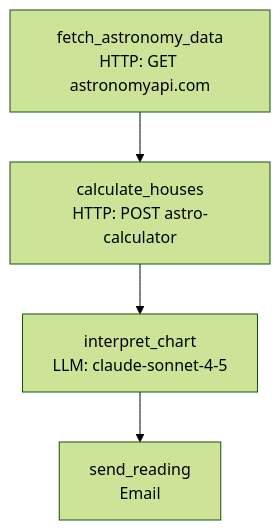
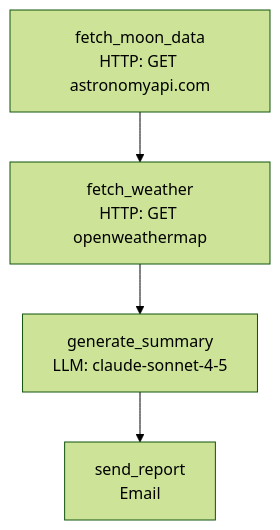
One commit to kruxia/kruxiaflow changed the second of 7 diagrams in docs/implementation/mcp-server-test-plan.md. Above: the diagram before and after it, drawn with Mermaid (forest theme). The commit also changed other lines of this file, not shown here.

Commit message:
update example to moon from astrological

````diff
--- a/docs/implementation/mcp-server-test-plan.md
+++ b/docs/implementation/mcp-server-test-plan.md
@@ -163,11 +164,11 @@
 ```mermaid
 flowchart TB
-    fetch_astronomy_data[fetch_astronomy_data<br/>HTTP: GET astronomyapi.com]
-    calculate_houses[calculate_houses<br/>HTTP: POST astro-calculator]
-    interpret_chart[interpret_chart<br/>LLM: claude-sonnet-4-5]
-    send_reading[send_reading<br/>Email]
+    fetch_moon_data[fetch_moon_data<br/>HTTP: GET astronomyapi.com]
+    fetch_weather[fetch_weather<br/>HTTP: GET openweathermap]
+    generate_summary[generate_summary<br/>LLM: claude-sonnet-4-5]
+    send_report[send_report<br/>Email]
 
-    fetch_astronomy_data --> calculate_houses
-    calculate_houses --> interpret_chart
-    interpret_chart --> send_reading
+    fetch_moon_data --> fetch_weather
+    fetch_weather --> generate_summary
+    generate_summary --> send_report
 ```
````
